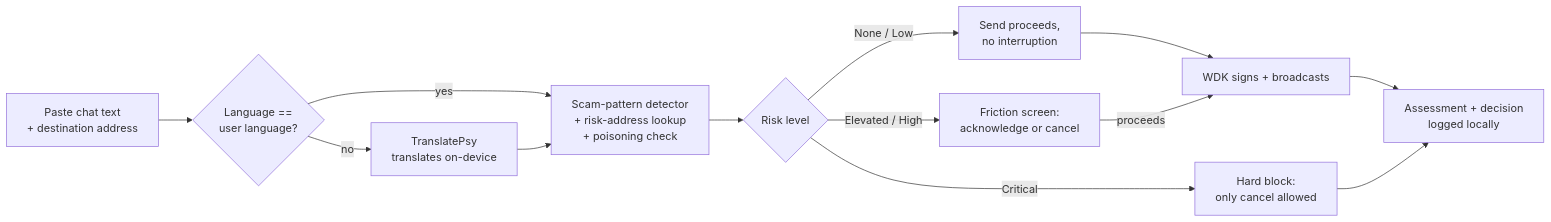
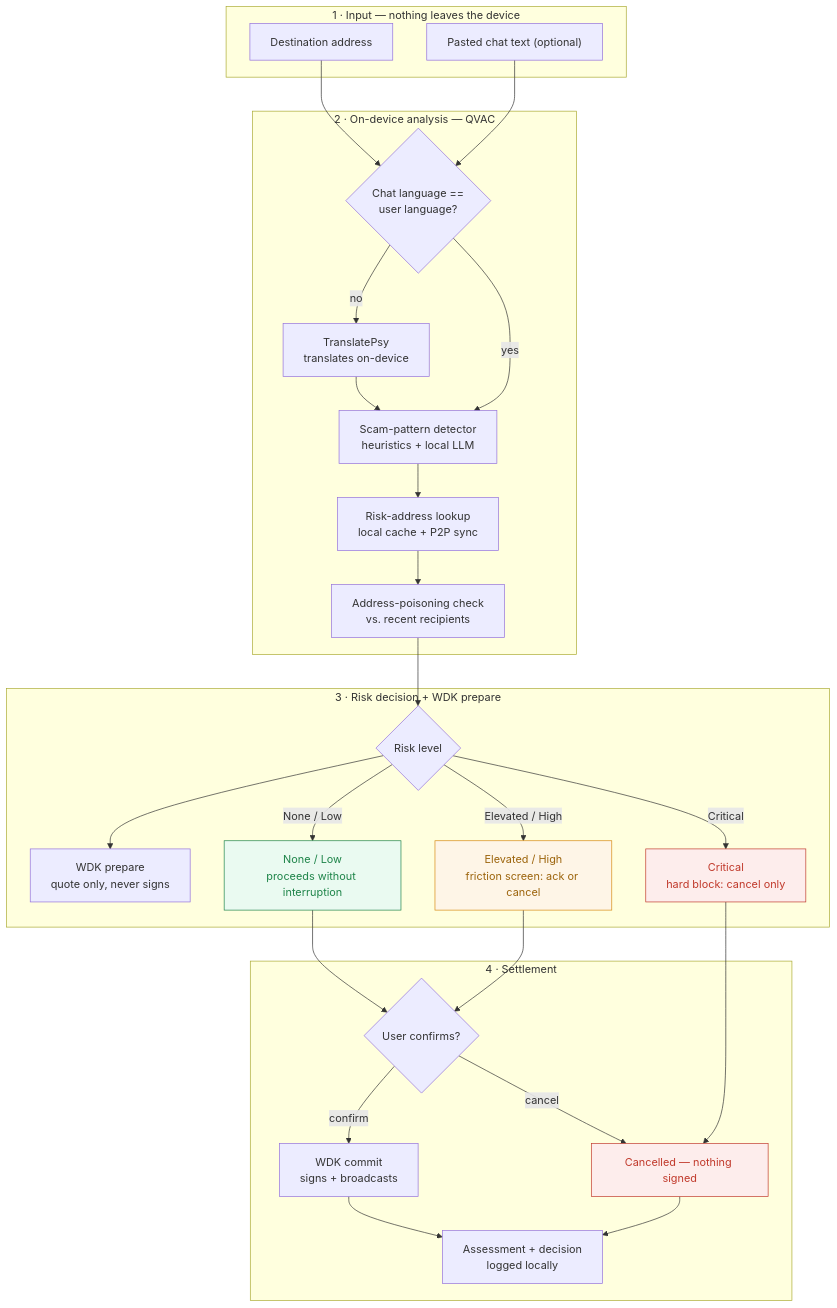
The diagram in README.md (SunsetLabs-Game/custos), drawn with Mermaid before and after one commit. The commit also changed other lines of this file and 16 other files, not shown here.

````diff
--- a/README.md
+++ b/README.md
@@ -67,15 +72,52 @@
 ```mermaid
-flowchart LR
-    A["Paste chat text<br/>+ destination address"] --> B{"Language ==<br/>user language?"}
-    B -- no --> C["TranslatePsy<br/>translates on-device"]
-    B -- yes --> D
-    C --> D["Scam-pattern detector<br/>+ risk-address lookup<br/>+ poisoning check"]
-    D --> E{"Risk level"}
-    E -- "None / Low" --> F["Send proceeds,<br/>no interruption"]
-    E -- "Elevated / High" --> G["Friction screen:<br/>acknowledge or cancel"]
-    E -- "Critical" --> H["Hard block:<br/>only cancel allowed"]
-    F --> I["WDK signs + broadcasts"]
-    G -- proceeds --> I
-    I --> J["Assessment + decision<br/>logged locally"]
-    H --> J
+flowchart TD
+    subgraph Input["1 · Input — nothing leaves the device"]
+        A["Destination address"]
+        B["Pasted chat text (optional)"]
+    end
+
+    subgraph Analysis["2 · On-device analysis — QVAC"]
+        C{"Chat language ==<br/>user language?"}
+        D["TranslatePsy<br/>translates on-device"]
+        E["Scam-pattern detector<br/>heuristics + local LLM"]
+        F["Risk-address lookup<br/>local cache + P2P sync"]
+        G["Address-poisoning check<br/>vs. recent recipients"]
+    end
+
+    subgraph Decision["3 · Risk decision + WDK prepare"]
+        H{"Risk level"}
+        Pr["WDK prepare<br/>quote only, never signs"]
+        I["None / Low<br/>proceeds without interruption"]
+        J["Elevated / High<br/>friction screen: ack or cancel"]
+        K["Critical<br/>hard block: cancel only"]
+    end
+
+    subgraph Settlement["4 · Settlement"]
+        M{"User confirms?"}
+        N["WDK commit<br/>signs + broadcasts"]
+        O["Cancelled — nothing signed"]
+        Q["Assessment + decision<br/>logged locally"]
+    end
+
+    A --> C
+    B --> C
+    C -- no --> D --> E
+    C -- yes --> E
+    E --> F --> G --> H
+    H --> Pr
+    H -- "None / Low" --> I
+    H -- "Elevated / High" --> J
+    H -- Critical --> K
+    I --> M
+    J --> M
+    K --> O
+    M -- confirm --> N --> Q
+    M -- cancel --> O --> Q
+
+    classDef ok fill:#eafaf1,stroke:#1e8449,color:#1e8449;
+    classDef warn fill:#fef5e7,stroke:#d68910,color:#9c640c;
+    classDef block fill:#fdedec,stroke:#c0392b,color:#c0392b;
+    class I ok
+    class J warn
+    class K,O block
 ```
````
